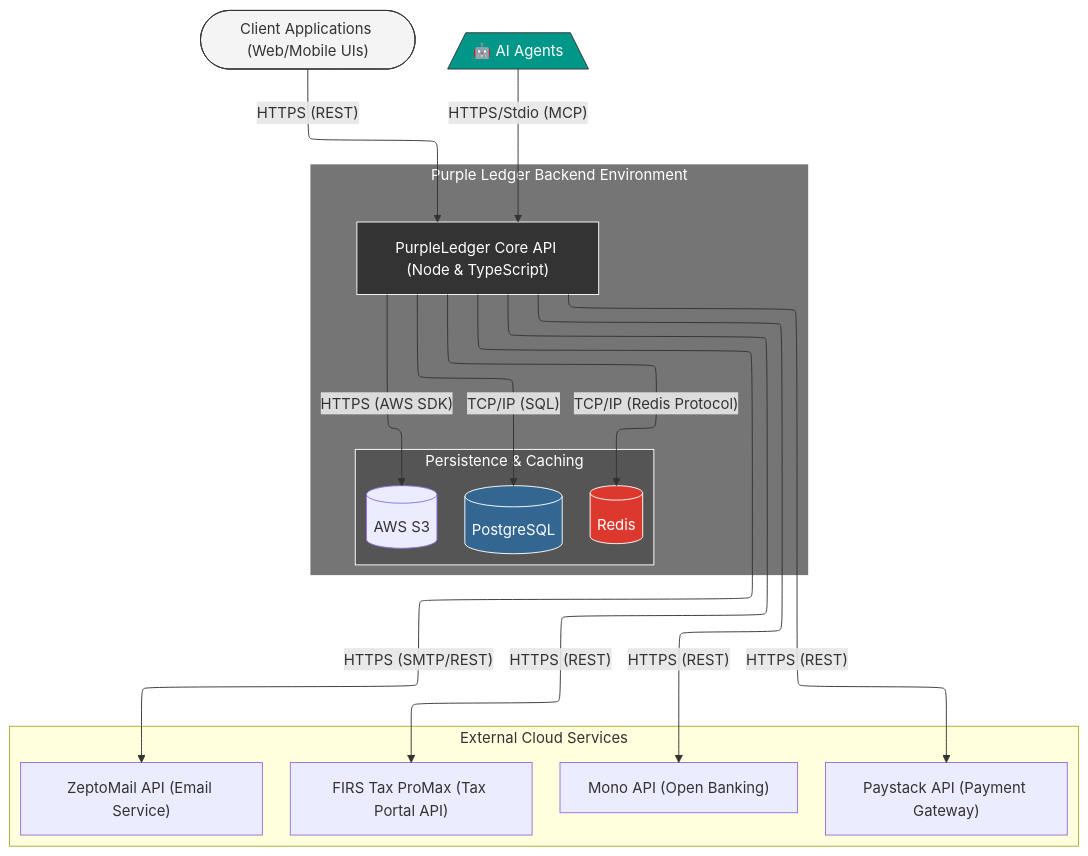
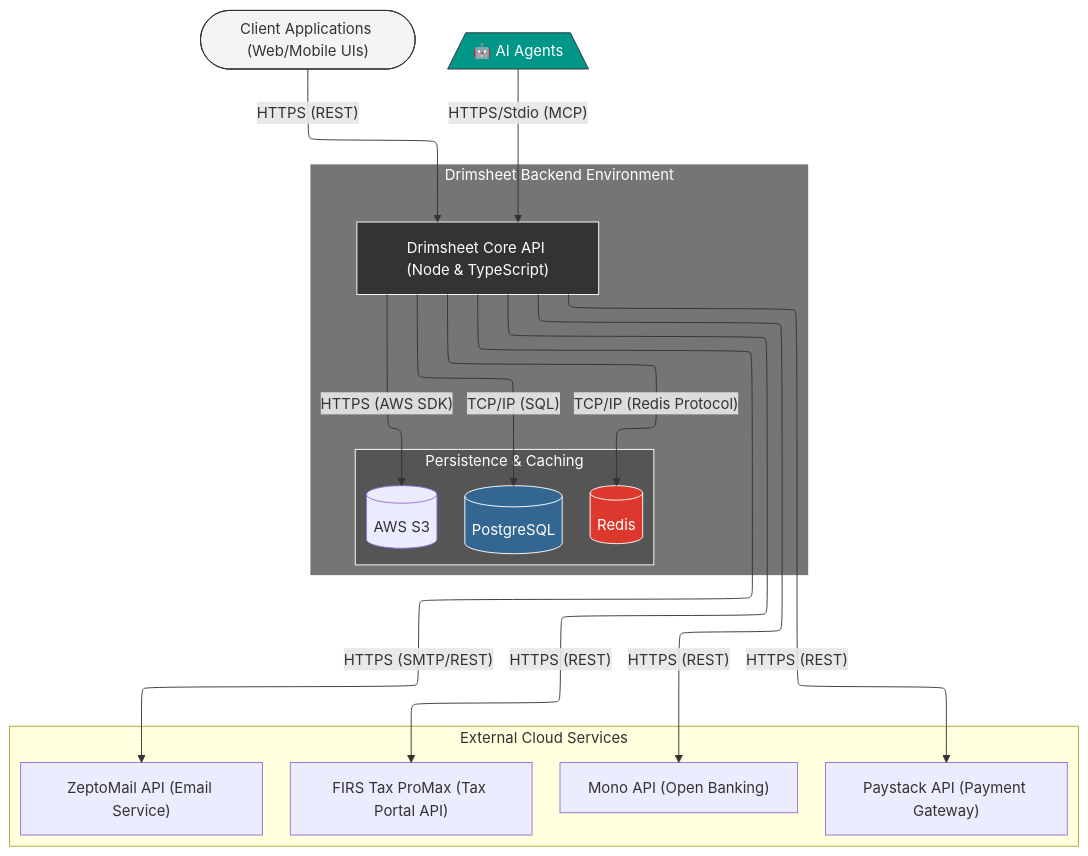
The diagram in docs/assets/03.2-technical-scope.mermaid (oosahon/drimsheet-core), drawn with Mermaid before and after one commit. The commit also changed 57 other files, not shown here.

```diff
--- a/docs/assets/03.2-technical-scope.mermaid
+++ b/docs/assets/03.2-technical-scope.mermaid
@@ -1,42 +1,42 @@
 ---
 config:
   layout: elk
 ---
 flowchart TB
     ClientApp(["Client Applications (Web/Mobile UIs)"])
     AIAgents[/"🤖 AI Agents"\]
-    subgraph SystemEnvironment ["Purple Ledger Backend Environment"]
+    subgraph SystemEnvironment ["Drimsheet Backend Environment"]
         direction TB
-        PurpleLedgerApp["PurpleLedger Core API (Node & TypeScript)"]
+        DrimsheetApp["Drimsheet Core API (Node & TypeScript)"]
         subgraph DataLayer ["Persistence & Caching"]
             direction LR
             Postgres[(PostgreSQL)]
             Redis[(Redis)]
             S3Bucket[(AWS S3)]
         end
         
-        PurpleLedgerApp -- "TCP/IP (SQL)" --> Postgres
-        PurpleLedgerApp -- "TCP/IP (Redis Protocol)" --> Redis
-        PurpleLedgerApp -- "HTTPS (AWS SDK)" --> S3Bucket
+        DrimsheetApp -- "TCP/IP (SQL)" --> Postgres
+        DrimsheetApp -- "TCP/IP (Redis Protocol)" --> Redis
+        DrimsheetApp -- "HTTPS (AWS SDK)" --> S3Bucket
     end
-    ClientApp -- "HTTPS (REST)" --> PurpleLedgerApp
-    AIAgents -- "HTTPS/Stdio (MCP)" --> PurpleLedgerApp
+    ClientApp -- "HTTPS (REST)" --> DrimsheetApp
+    AIAgents -- "HTTPS/Stdio (MCP)" --> DrimsheetApp
     subgraph ExternalServices ["External Cloud Services"]
         direction LR
         TaxProMax["FIRS Tax ProMax (Tax Portal API)"]
         Mono["Mono API (Open Banking)"]
         ZeptoMail["ZeptoMail API (Email Service)"]
         Paystack["Paystack API (Payment Gateway)"]
     end
     
-    PurpleLedgerApp -- "HTTPS (REST)" --> TaxProMax
-    PurpleLedgerApp -- "HTTPS (REST)" --> Mono
-    PurpleLedgerApp -- "HTTPS (SMTP/REST)" --> ZeptoMail
-    PurpleLedgerApp -- "HTTPS (REST)" --> Paystack
-    style PurpleLedgerApp fill:#333,stroke:#fff,color:#fff
+    DrimsheetApp -- "HTTPS (REST)" --> TaxProMax
+    DrimsheetApp -- "HTTPS (REST)" --> Mono
+    DrimsheetApp -- "HTTPS (SMTP/REST)" --> ZeptoMail
+    DrimsheetApp -- "HTTPS (REST)" --> Paystack
+    style DrimsheetApp fill:#333,stroke:#fff,color:#fff
     style ClientApp fill:#f4f4f4,stroke:#333
     style AIAgents fill:#009688,color:#fff,stroke:#333
     style Postgres fill:#336791,color:#fff,stroke:#fff
     style Redis fill:#dc382d,color:#fff,stroke:#fff
     style SystemEnvironment fill:#757575,stroke:#fff,stroke-width:2px,color:#fff
     style DataLayer fill:#555,stroke:#fff,stroke-width:1px,color:#fff
```
